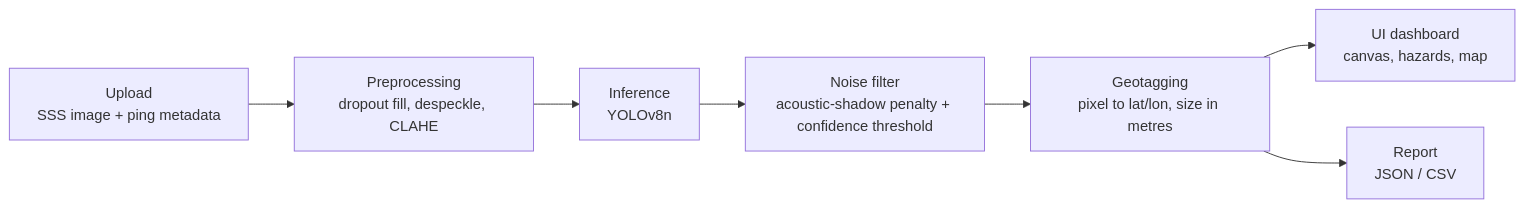
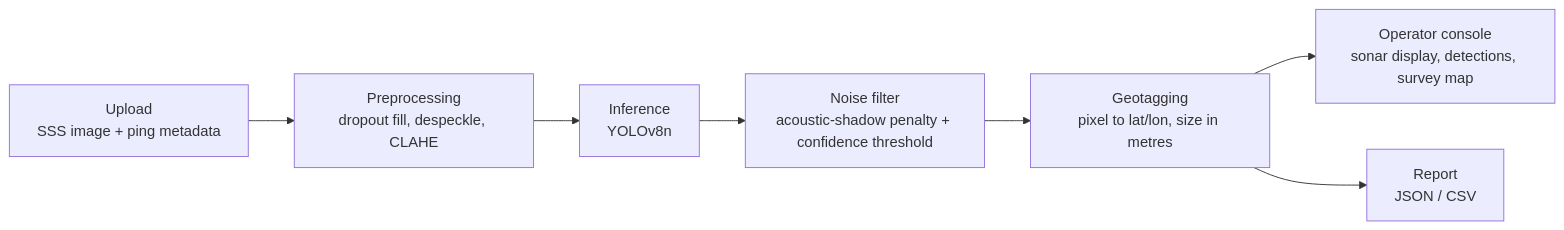
One commit to larpareek/deepscan-sih26057 changed the diagram in README.md. Above: the diagram before and after it, drawn with Mermaid. The commit also changed other lines of this file and 12 other files, not shown here.

````diff
--- a/README.md
+++ b/README.md
@@ -52,9 +57,9 @@
 ```mermaid
 flowchart LR
     A["Upload<br/>SSS image + ping metadata"] --> B["Preprocessing<br/>dropout fill, despeckle, CLAHE"]
     B --> C["Inference<br/>YOLOv8n"]
     C --> D["Noise filter<br/>acoustic-shadow penalty + confidence threshold"]
     D --> E["Geotagging<br/>pixel to lat/lon, size in metres"]
-    E --> F["UI dashboard<br/>canvas, hazards, map"]
+    E --> F["Operator console<br/>sonar display, detections, survey map"]
     E --> G["Report<br/>JSON / CSV"]
 ```
````
